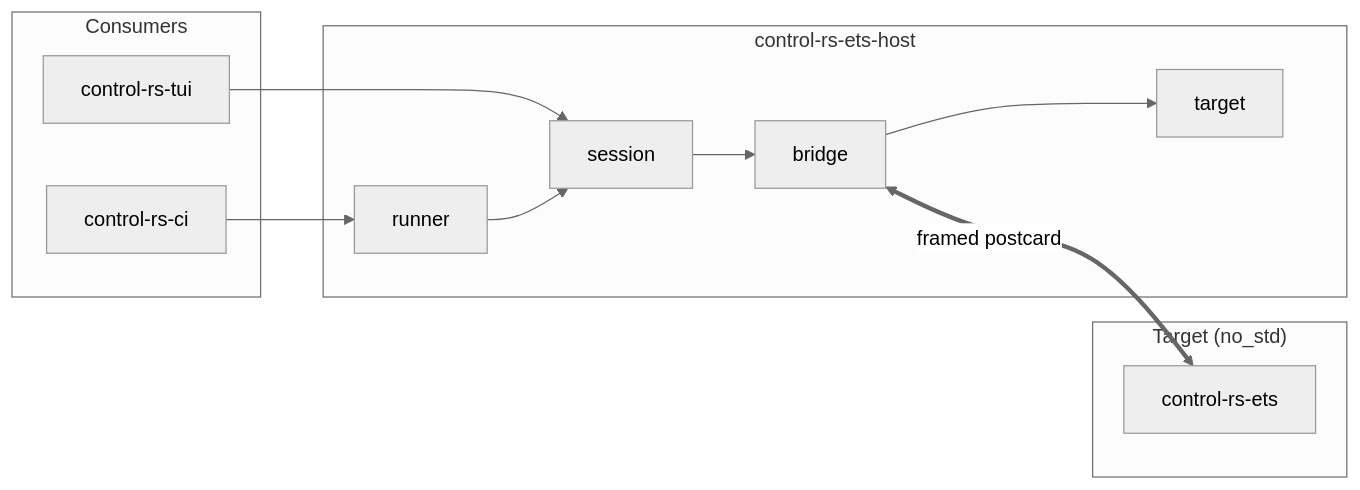
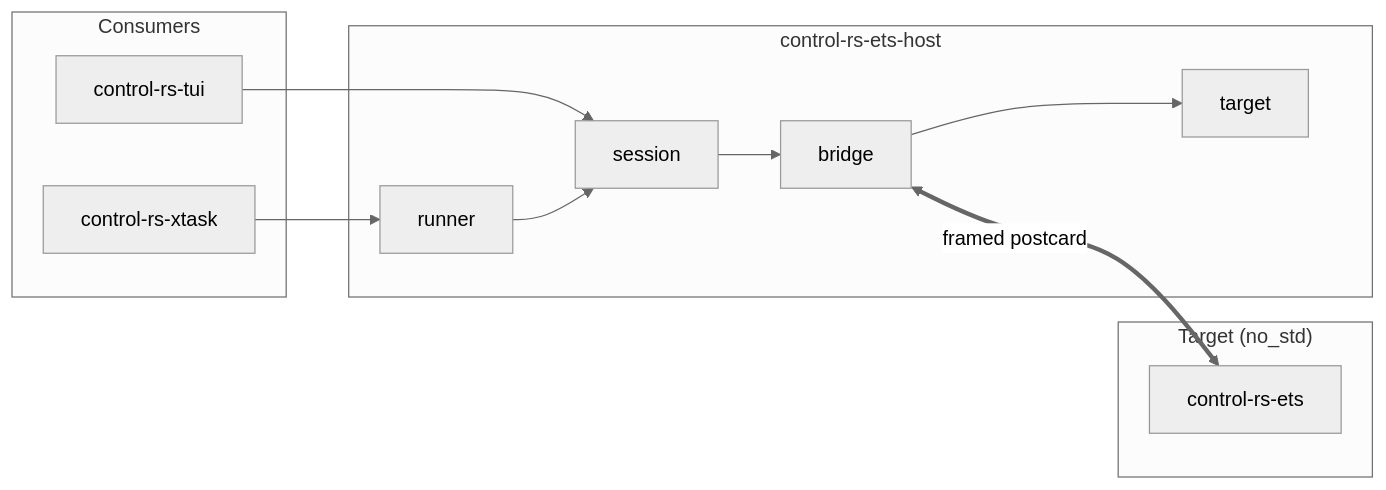
The diagram in documentation/ets-host/ets-host-design.md (Dyse-Industries/control-rs), drawn with Mermaid (neutral theme) before and after one commit. The commit also changed other lines of this file and 20 other files, not shown here.

````diff
--- a/documentation/ets-host/ets-host-design.md
+++ b/documentation/ets-host/ets-host-design.md
@@ -118,23 +118,23 @@
 ```mermaid
 flowchart LR
     subgraph Consumers
         tui["control-rs-tui"]
-        ci["control-rs-ci"]
+        ci["control-rs-xtask"]
     end
     subgraph Host ["control-rs-ets-host"]
         runner["runner"]
         session["session"]
         bridge["bridge"]
         target["target"]
     end
     subgraph Device ["Target (no_std)"]
         ets["control-rs-ets"]
     end
 
     tui --> session
     ci --> runner
     runner --> session
     session --> bridge
     bridge --> target
     bridge <==>|framed postcard| ets
 ```
````
